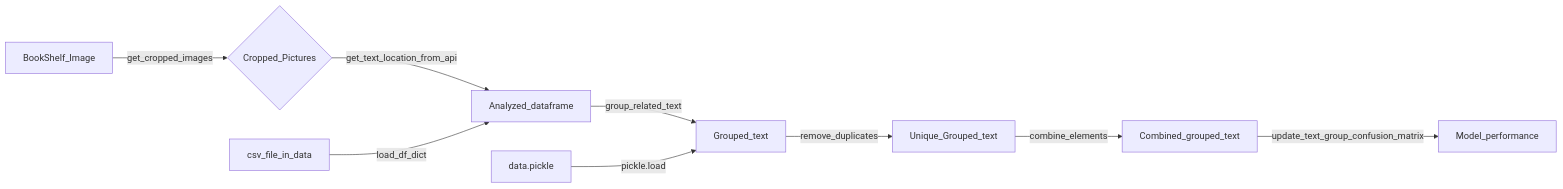
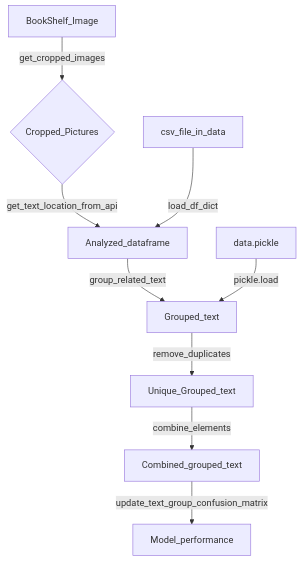
Before and after one commit to ziruiqiao/XN: the diagram in README.md, drawn with Mermaid.

````diff
--- a/README.md
+++ b/README.md
@@ -19,11 +19,11 @@
 ```mermaid
-graph LR;
+graph TD;
 	A[BookShelf_Image] -- get_cropped_images --> B{Cropped_Pictures};
     B -- get_text_location_from_api --> D[Analyzed_dataframe];
     C[csv_file_in_data] -- load_df_dict --> D;
     D -- group_related_text --> F[Grouped_text];
     E[data.pickle] -- pickle.load --> F;
     F -- remove_duplicates --> G[Unique_Grouped_text];
     G -- combine_elements --> H[Combined_grouped_text];
     H -- update_text_group_confusion_matrix --> I[Model_performance];
 ```
````
